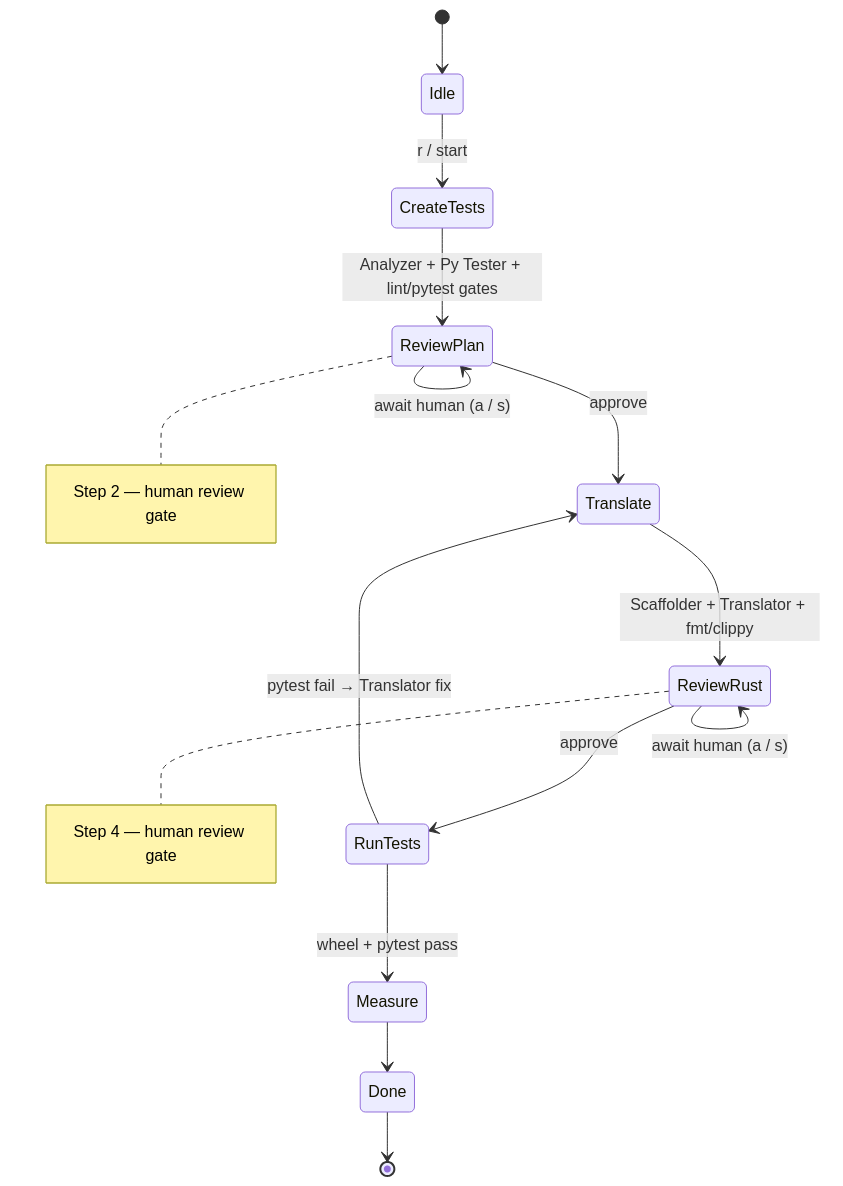
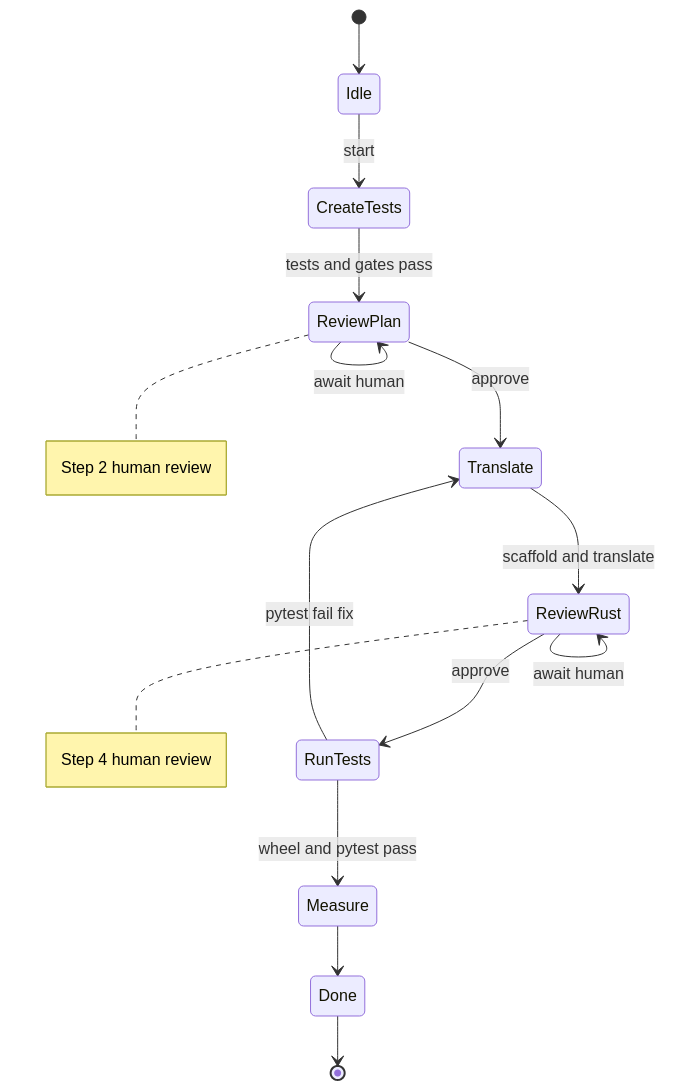
Before and after one commit to Haaparanta/AaltoAI-Ai-For-Good: the fourth of 11 diagrams in README.md, drawn with Mermaid. The commit also changed other lines of this file and 4 other files, not shown here.

````diff
--- a/README.md
+++ b/README.md
@@ -99,22 +99,17 @@
 ```mermaid
 stateDiagram-v2
     [*] --> Idle
-    Idle --> CreateTests: r / start
-    CreateTests --> ReviewPlan: Analyzer + Py Tester + lint/pytest gates
-    ReviewPlan --> ReviewPlan: await human (a / s)
+    Idle --> CreateTests: start
+    CreateTests --> ReviewPlan: tests and gates pass
+    ReviewPlan --> ReviewPlan: await human
     ReviewPlan --> Translate: approve
-    Translate --> ReviewRust: Scaffolder + Translator + fmt/clippy
-    ReviewRust --> ReviewRust: await human (a / s)
+    Translate --> ReviewRust: scaffold and translate
+    ReviewRust --> ReviewRust: await human
     ReviewRust --> RunTests: approve
-    RunTests --> Translate: pytest fail → Translator fix
-    RunTests --> Measure: wheel + pytest pass
+    RunTests --> Translate: pytest fail fix
+    RunTests --> Measure: wheel and pytest pass
     Measure --> Done
     Done --> [*]
-
-    note right of ReviewPlan
-        Step 2 — human review gate
-    end note
-    note right of ReviewRust
-        Step 4 — human review gate
-    end note
+    note right of ReviewPlan: Step 2 human review
+    note right of ReviewRust: Step 4 human review
 ```
````
